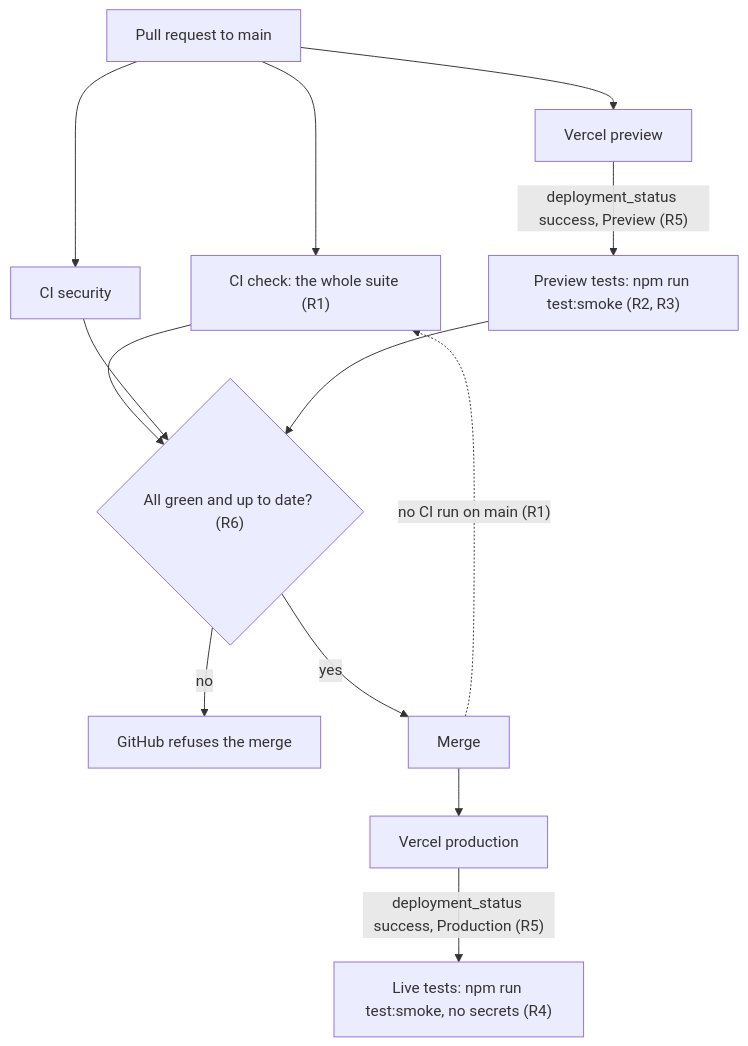
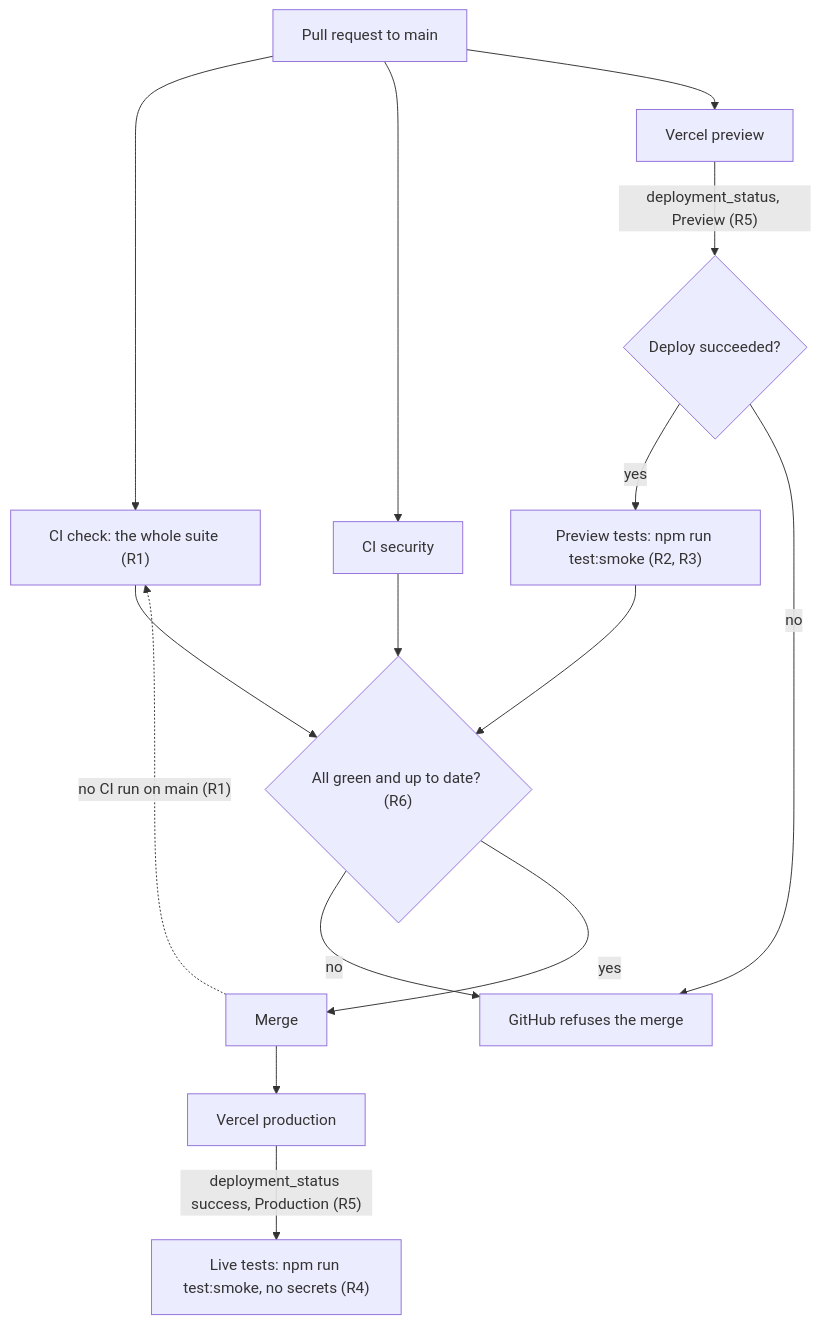
Before and after one commit to gustavnymoen/gurrasflyg: the diagram in specs/TECH-014-smoke-tests/flow.mmd, drawn with Mermaid. The commit also changed 6 other files, not shown here.

```diff
--- a/specs/TECH-014-smoke-tests/flow.mmd
+++ b/specs/TECH-014-smoke-tests/flow.mmd
@@ -1,12 +1,14 @@
 %% TECH-014 Whole suite once, smoke tests after deploy, branch protection
 flowchart TD
     A[Pull request to main] --> B["CI check: the whole suite (R1)"]
     A --> C[CI security]
     A --> D[Vercel preview]
-    D -->|"deployment_status success, Preview (R5)"| E["Preview tests: npm run test:smoke (R2, R3)"]
+    D -->|"deployment_status, Preview (R5)"| P{"Deploy succeeded?"}
+    P -- yes --> E["Preview tests: npm run test:smoke (R2, R3)"]
+    P -- no --> X
     B & C & E --> F{"All green and up to date? (R6)"}
     F -- no --> X[GitHub refuses the merge]
     F -- yes --> G[Merge]
     G --> H[Vercel production]
     H -->|"deployment_status success, Production (R5)"| I["Live tests: npm run test:smoke, no secrets (R4)"]
     G -.->|"no CI run on main (R1)"| B
```
